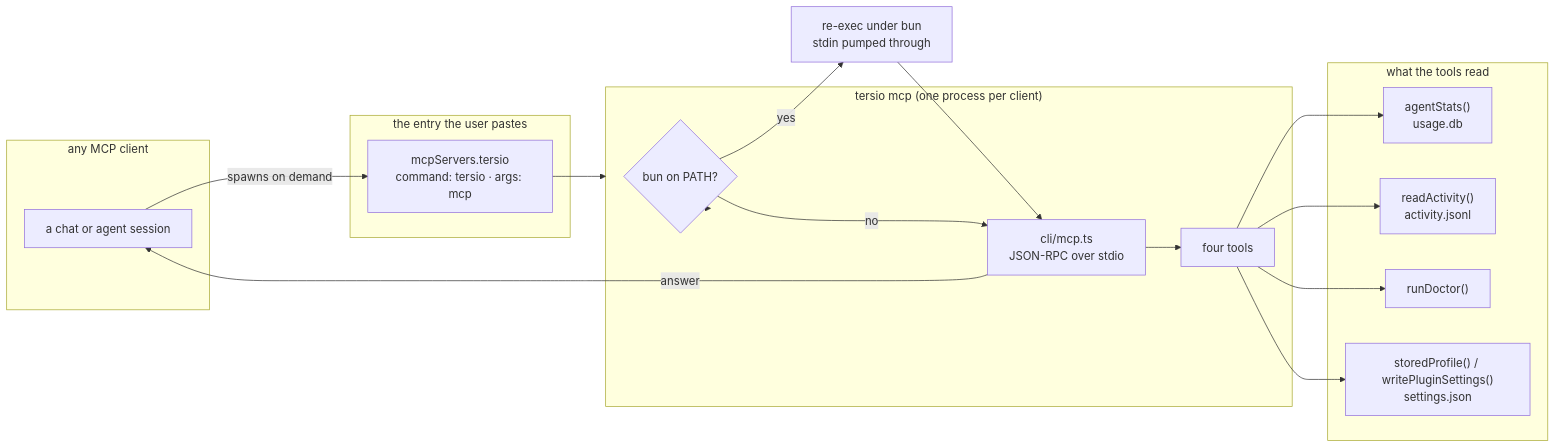
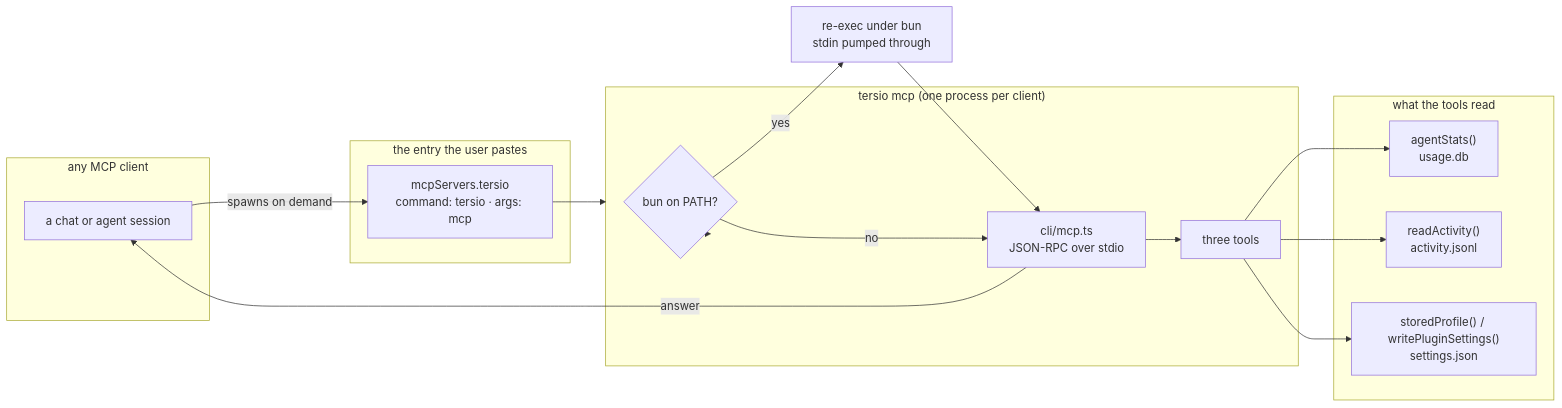
One commit to FrancoStino/tersio changed the seventh of 8 diagrams in docs/ARCHITECTURE.md. Above: the diagram before and after it, drawn with Mermaid. The commit also changed other lines of this file and 4 other files, not shown here.

````diff
--- a/docs/ARCHITECTURE.md
+++ b/docs/ARCHITECTURE.md
@@ -216,29 +216,28 @@
 ```mermaid
 flowchart LR
   subgraph CLIENT["any MCP client"]
     CHAT["a chat or agent session"]
   end
   subgraph ENTRY["the entry the user pastes"]
     CFG["mcpServers.tersio<br/>command: tersio · args: mcp"]
   end
   subgraph PROC["tersio mcp (one process per client)"]
     BUN{"bun on PATH?"}
     SRV["cli/mcp.ts<br/>JSON-RPC over stdio"]
-    TOOLS["four tools"]
+    TOOLS["three tools"]
   end
   subgraph DATA["what the tools read"]
     ASTS["agentStats()<br/>usage.db"]
     ACT["readActivity()<br/>activity.jsonl"]
-    DOC["runDoctor()"]
     PROF["storedProfile() / writePluginSettings()<br/>settings.json"]
   end
 
   CHAT -->|"spawns on demand"| CFG --> PROC
   PROC --> BUN
   BUN -->|yes| BUNRUN["re-exec under bun<br/>stdin pumped through"]
   BUN -->|no| SRV
   BUNRUN --> SRV
   SRV --> TOOLS
-  TOOLS --> ASTS & ACT & DOC & PROF
+  TOOLS --> ASTS & ACT & PROF
   SRV -->|"answer"| CHAT
 ```
````
